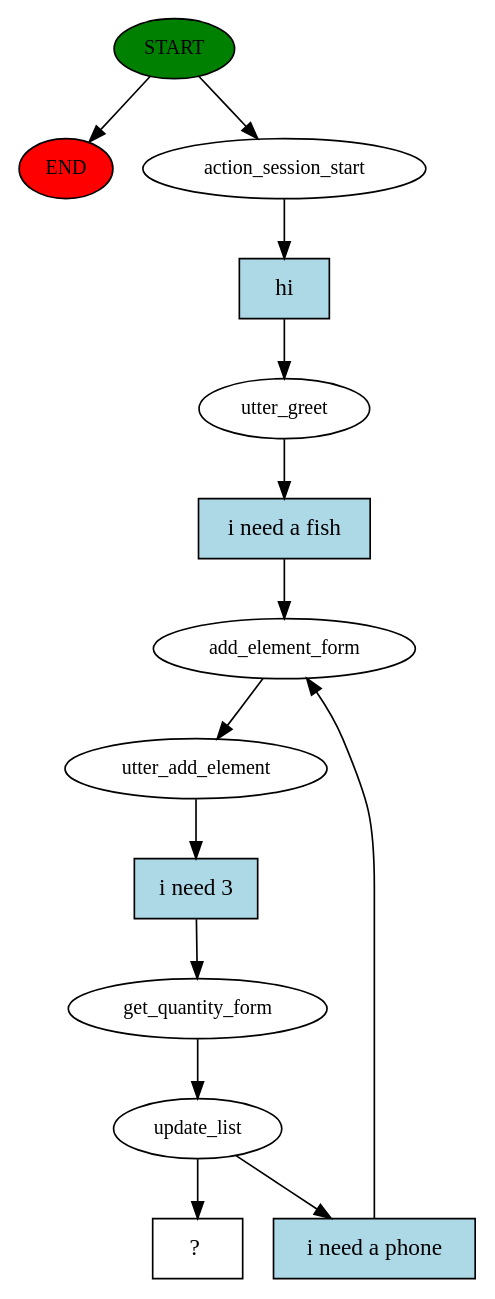
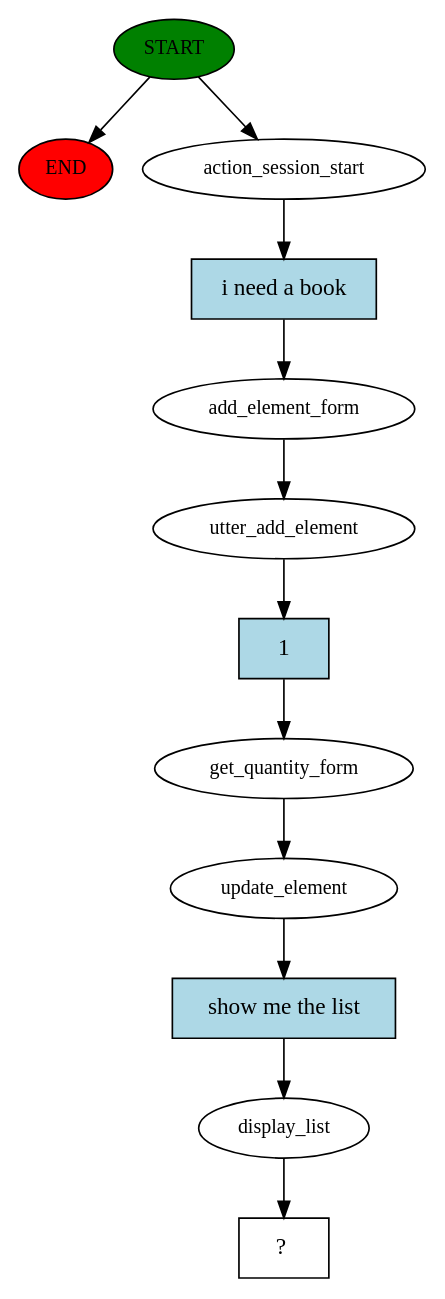
Before and after one commit to ChristianTedesco98/chatbot_purchaselists: the diagram in story_graph.dot, drawn with Graphviz. The commit also changed 14 other files, not shown here.

```diff
--- a/story_graph.dot
+++ b/story_graph.dot
@@ -1,28 +1,25 @@
 digraph  {
 0 [class="start active", fillcolor=green, fontsize=12, label=START, style=filled];
 "-1" [class=end, fillcolor=red, fontsize=12, label=END, style=filled];
 1 [class=active, fontsize=12, label=action_session_start];
-2 [class=active, fontsize=12, label=utter_greet];
-3 [class=active, fontsize=12, label=add_element_form];
-4 [class=active, fontsize=12, label=utter_add_element];
-5 [class=active, fontsize=12, label=get_quantity_form];
-6 [class=active, fontsize=12, label=update_list];
-11 [class="intent dashed active", label="  ?  ", shape=rect];
-12 [class="intent active", fillcolor=lightblue, label=hi, shape=rect, style=filled];
-13 [class="intent active", fillcolor=lightblue, label="i need a fish", shape=rect, style=filled];
-14 [class="intent active", fillcolor=lightblue, label="i need 3", shape=rect, style=filled];
-15 [class="intent active", fillcolor=lightblue, label="i need a phone", shape=rect, style=filled];
+2 [class=active, fontsize=12, label=add_element_form];
+3 [class=active, fontsize=12, label=utter_add_element];
+4 [class=active, fontsize=12, label=get_quantity_form];
+5 [class=active, fontsize=12, label=update_element];
+6 [class=active, fontsize=12, label=display_list];
+7 [class="intent dashed active", label="  ?  ", shape=rect];
+8 [class="intent active", fillcolor=lightblue, label="i need a book", shape=rect, style=filled];
+9 [class="intent active", fillcolor=lightblue, label=1, shape=rect, style=filled];
+10 [class="intent active", fillcolor=lightblue, label="show me the list", shape=rect, style=filled];
 0 -> "-1"  [class="", key=NONE, label=""];
 0 -> 1  [class=active, key=NONE, label=""];
-1 -> 12  [class=active, key=0];
-2 -> 13  [class=active, key=0];
-3 -> 4  [class=active, key=NONE, label=""];
-4 -> 14  [class=active, key=0];
-5 -> 6  [class=active, key=NONE, label=""];
-6 -> 11  [class=active, key=NONE, label=""];
-6 -> 15  [class=active, key=0];
-12 -> 2  [class=active, key=0];
-13 -> 3  [class=active, key=0];
-14 -> 5  [class=active, key=0];
-15 -> 3  [class=active, key=0];
+1 -> 8  [class=active, key=0];
+2 -> 3  [class=active, key=NONE, label=""];
+3 -> 9  [class=active, key=0];
+4 -> 5  [class=active, key=NONE, label=""];
+5 -> 10  [class=active, key=0];
+6 -> 7  [class=active, key=NONE, label=""];
+8 -> 2  [class=active, key=0];
+9 -> 4  [class=active, key=0];
+10 -> 6  [class=active, key=0];
 }
```
